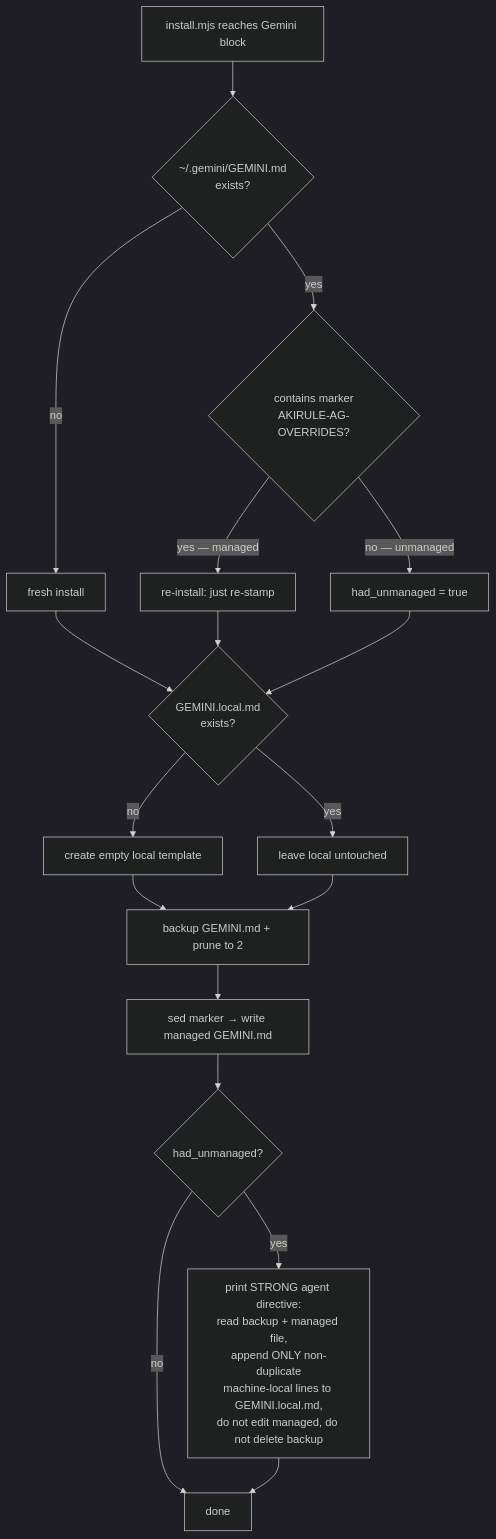
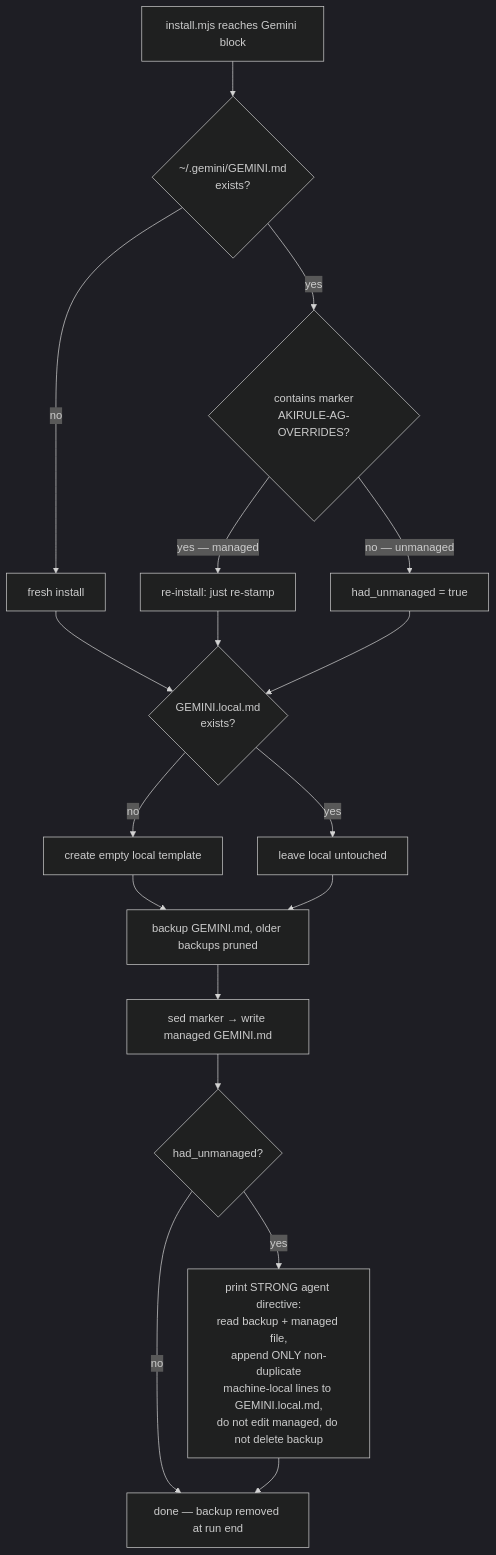
Before and after one commit to lacvietanh/akidevrule: the second of 2 diagrams in docs/arch/rule-delivery-architecture.md, drawn with Mermaid (dark theme). The commit also changed other lines of this file and 5 other files, not shown here.

First line of the commit message:
feat(installer): opt-in accuracy-first rtk config, drop run backups on success

````diff
--- a/docs/arch/rule-delivery-architecture.md
+++ b/docs/arch/rule-delivery-architecture.md
@@ -131,22 +133,22 @@
 ```mermaid
 flowchart TD
     START["install.mjs reaches Gemini block"] --> Q1{"~/.gemini/GEMINI.md<br/>exists?"}
     Q1 -->|no| FRESH["fresh install"]
     Q1 -->|yes| Q2{"contains marker<br/>AKIRULE-AG-OVERRIDES?"}
     Q2 -->|"yes — managed"| MANAGED["re-install: just re-stamp"]
     Q2 -->|"no — unmanaged"| UNMANAGED["had_unmanaged = true"]
 
     FRESH --> LOCAL{"GEMINI.local.md<br/>exists?"}
     MANAGED --> LOCAL
     UNMANAGED --> LOCAL
     LOCAL -->|no| MKLOCAL["create empty local template"]
     LOCAL -->|yes| SKIPLOCAL["leave local untouched"]
 
-    MKLOCAL --> BK["backup GEMINI.md + prune to 2"]
+    MKLOCAL --> BK["backup GEMINI.md, older backups pruned"]
     SKIPLOCAL --> BK
     BK --> STMP["sed marker → write managed GEMINI.md"]
     STMP --> Q3{"had_unmanaged?"}
-    Q3 -->|no| DONE["done"]
+    Q3 -->|no| DONE["done — backup removed at run end"]
     Q3 -->|yes| DIR["print STRONG agent directive:<br/>read backup + managed file,<br/>append ONLY non-duplicate<br/>machine-local lines to GEMINI.local.md,<br/>do not edit managed, do not delete backup"]
     DIR --> DONE
 ```
````
